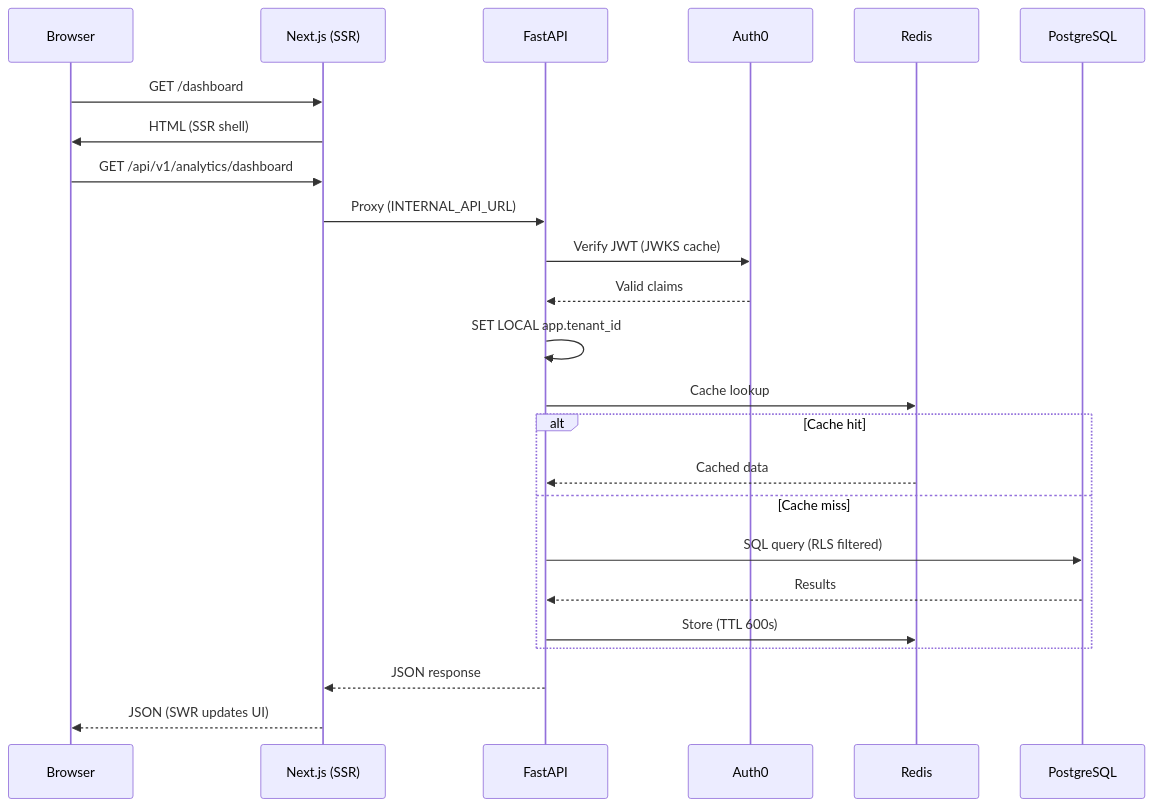
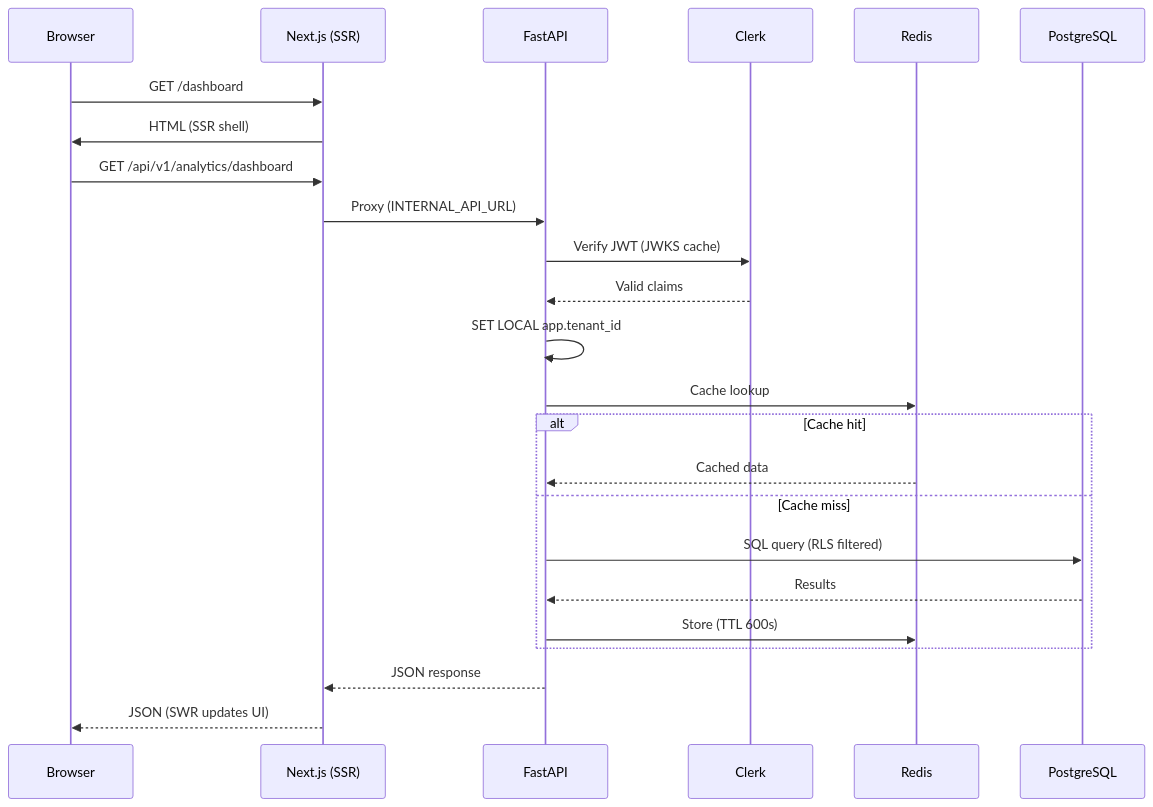
Before and after one commit to ahmed-shaaban-94/SAAS: the third of 6 diagrams in docs/ARCHITECTURE.md, drawn with Mermaid. The commit also changed other lines of this file and 4 other files, not shown here.

First line of the commit message:
docs: fix canonical README/ARCHITECTURE drift + scrub deploy IP (#660)

````diff
--- a/docs/ARCHITECTURE.md
+++ b/docs/ARCHITECTURE.md
@@ -59,27 +59,27 @@
 ```mermaid
 sequenceDiagram
     participant Browser
     participant NextJS as Next.js (SSR)
     participant FastAPI
-    participant Auth0
+    participant Clerk
     participant Redis
     participant PostgreSQL
 
     Browser->>NextJS: GET /dashboard
     NextJS->>Browser: HTML (SSR shell)
     Browser->>NextJS: GET /api/v1/analytics/dashboard
     NextJS->>FastAPI: Proxy (INTERNAL_API_URL)
-    FastAPI->>Auth0: Verify JWT (JWKS cache)
-    Auth0-->>FastAPI: Valid claims
+    FastAPI->>Clerk: Verify JWT (JWKS cache)
+    Clerk-->>FastAPI: Valid claims
     FastAPI->>FastAPI: SET LOCAL app.tenant_id
     FastAPI->>Redis: Cache lookup
     alt Cache hit
         Redis-->>FastAPI: Cached data
     else Cache miss
         FastAPI->>PostgreSQL: SQL query (RLS filtered)
         PostgreSQL-->>FastAPI: Results
         FastAPI->>Redis: Store (TTL 600s)
     end
     FastAPI-->>NextJS: JSON response
     NextJS-->>Browser: JSON (SWR updates UI)
 ```
````
